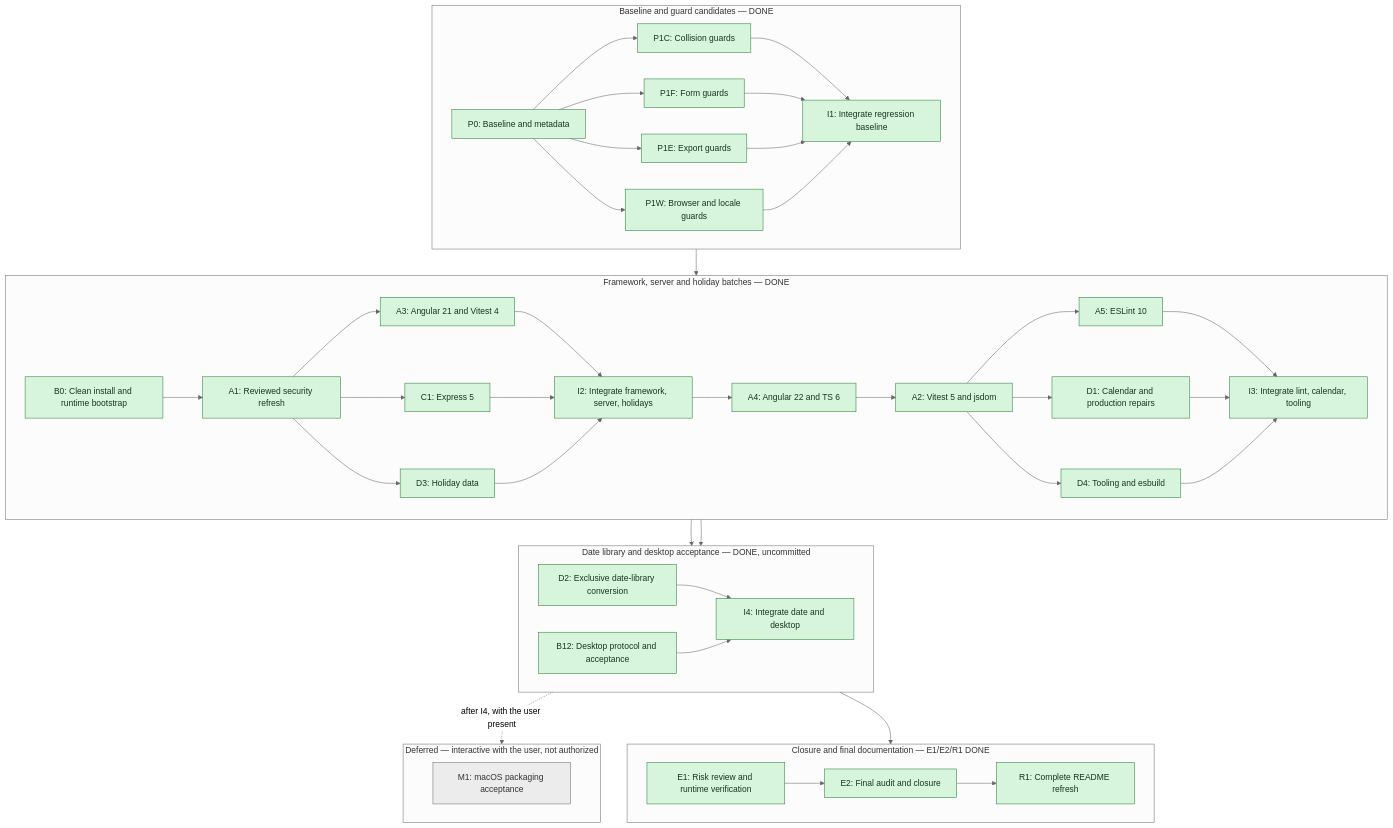
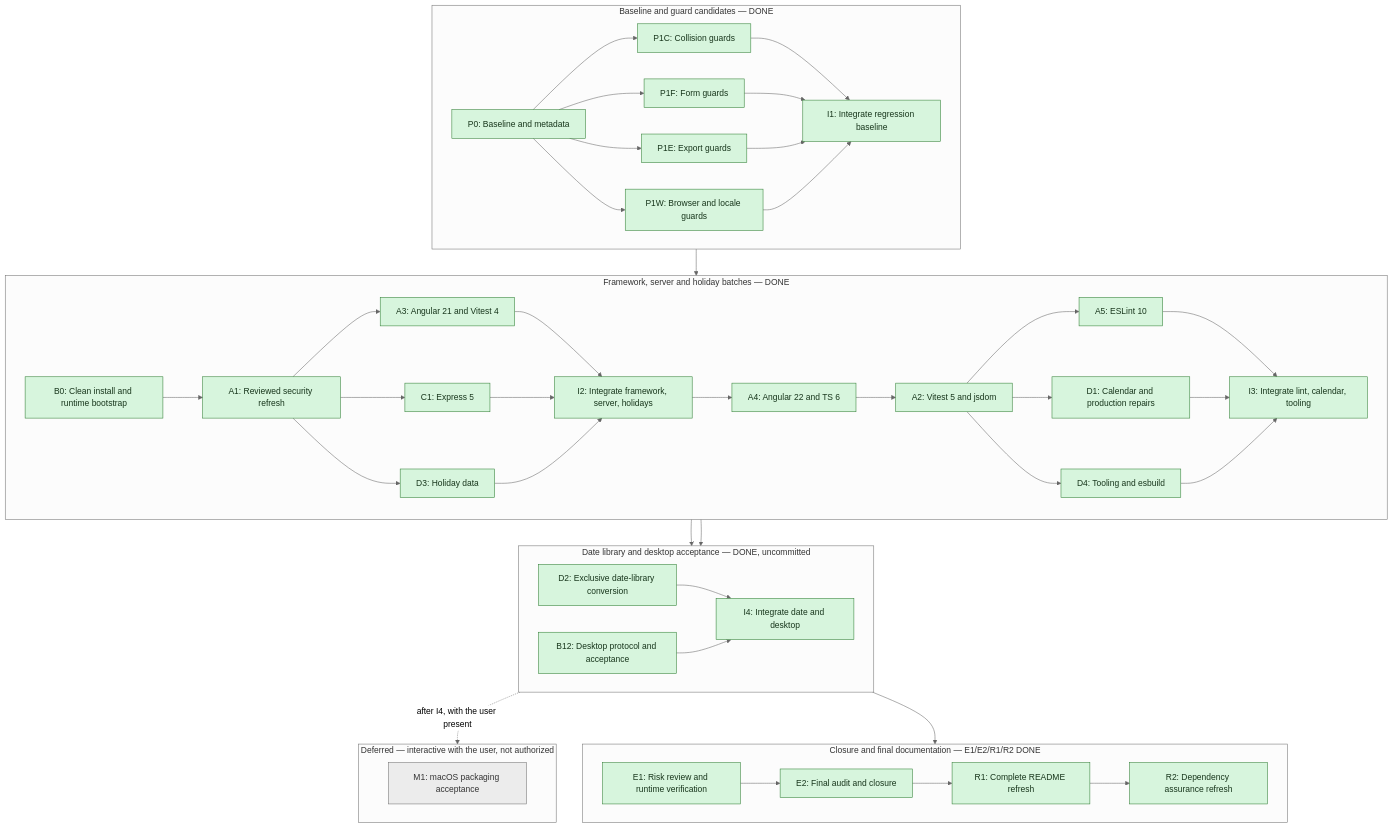
One commit to viegelinsch/duely changed the diagram in docs/TODO_UPGRADES.md. Above: the diagram before and after it, drawn with Mermaid (neutral theme). The commit also changed other lines of this file and 2 other files, not shown here.

First line of the commit message:
chore(deps): lockfile-only security refresh and R2 assurance record

````diff
--- a/docs/TODO_UPGRADES.md
+++ b/docs/TODO_UPGRADES.md
@@ -2212,11 +2281,12 @@
         I4["I4: Integrate date and desktop"]
     end
 
-    subgraph closure ["Closure and final documentation — E1/E2/R1 DONE"]
+    subgraph closure ["Closure and final documentation — E1/E2/R1/R2 DONE"]
         direction LR
         E1["E1: Risk review and runtime verification"]
         E2["E2: Final audit and closure"]
         R1["R1: Complete README refresh"]
+        R2["R2: Dependency assurance refresh"]
     end
 
     subgraph deferred ["Deferred — interactive with the user, not authorized"]
@@ -2258,12 +2328,13 @@
     I4 --> E1
     E1 --> E2
     E2 --> R1
+    R1 --> R2
 
     I4 -.->|after I4, with the user present| M1
 
     classDef done fill:#d7f5dd,stroke:#2e7d32,color:#17351b
     classDef todo fill:#fff3cc,stroke:#a68b00,color:#463a00
     classDef deferred fill:#ececec,stroke:#6f6f6f,color:#333333
-    class P0,P1C,P1F,P1E,P1W,I1,B0,A1,A3,C1,D3,I2,A4,A2,A5,D1,D4,I3,D2,B12,I4,E1,E2,R1 done
+    class P0,P1C,P1F,P1E,P1W,I1,B0,A1,A3,C1,D3,I2,A4,A2,A5,D1,D4,I3,D2,B12,I4,E1,E2,R1,R2 done
     class M1 deferred
 ```
````
